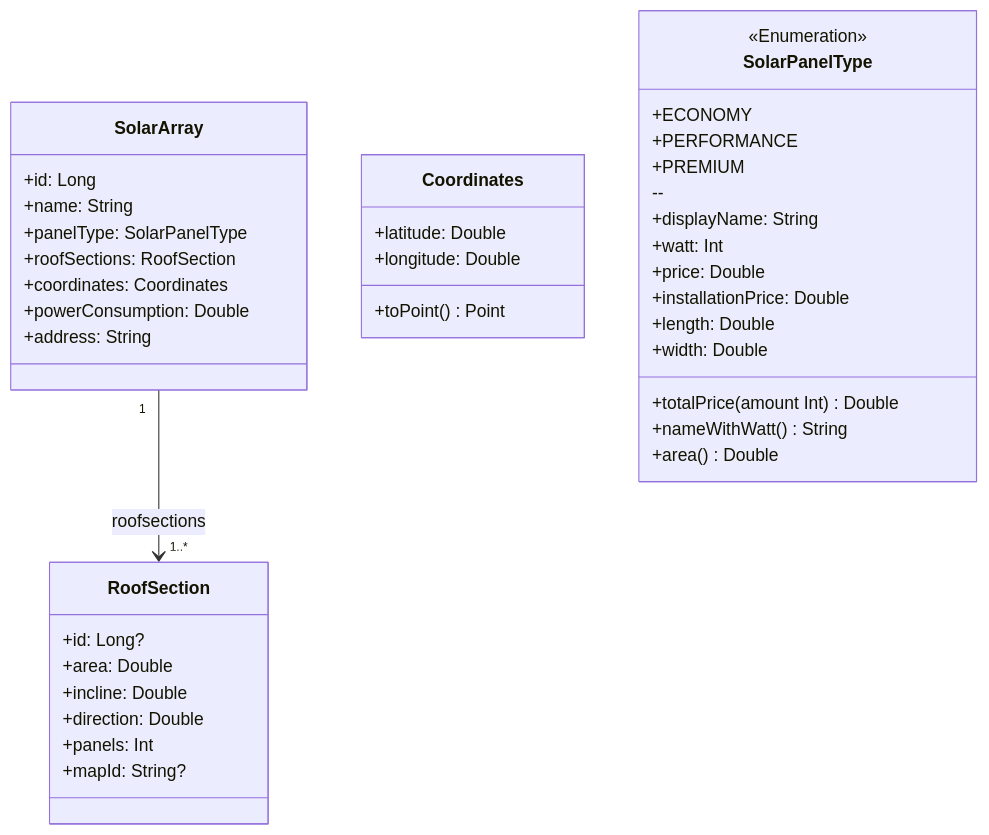
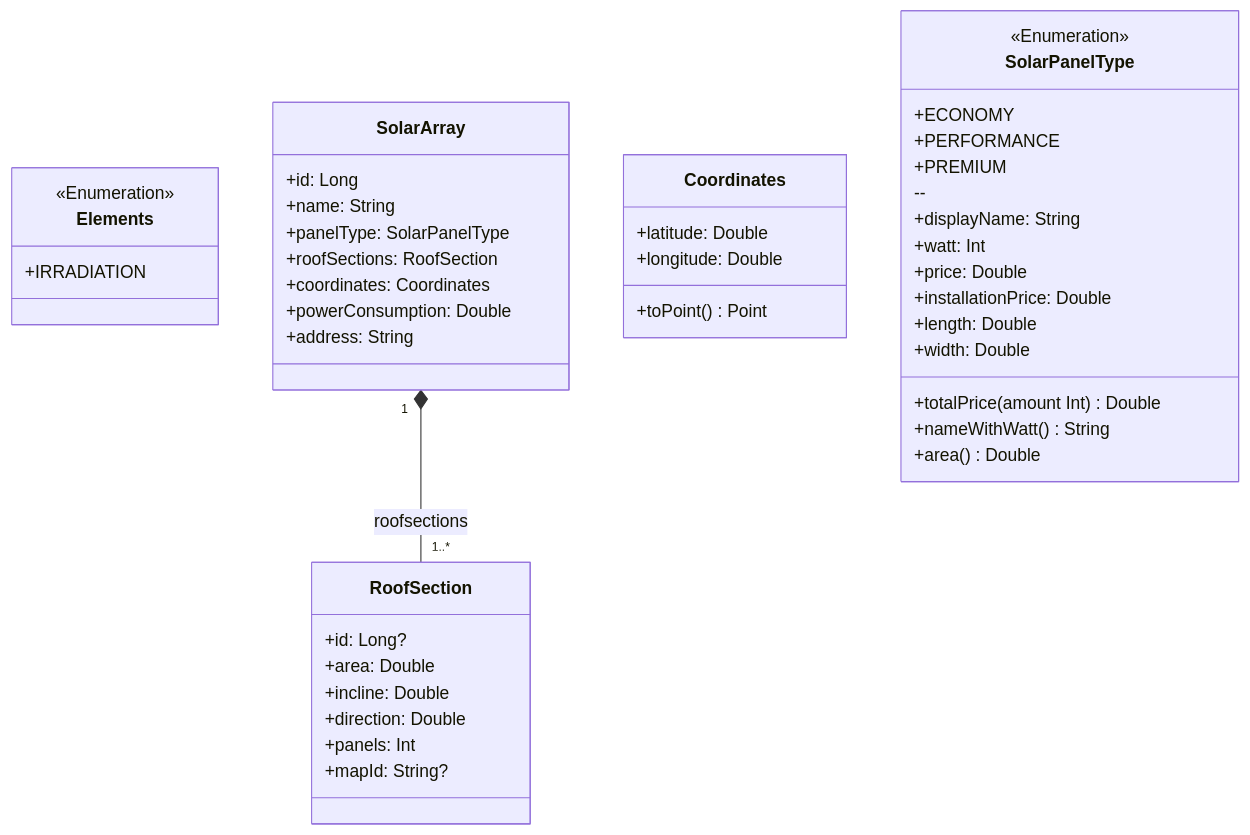
One commit to pragathiGopal25/SunSaver changed the third of 3 diagrams in MODELING.md. Above: the diagram before and after it, drawn with Mermaid. The commit also changed other lines of this file, not shown here.

Commit message:
Class diagram: architecture part

````diff
--- a/MODELING.md
+++ b/MODELING.md
@@ -19,45 +208,49 @@
 ```mermaid
 classDiagram
+    class Elements {
+    <<Enumeration>>
+    +IRRADIATION
+    }
     class SolarArray {
         +id: Long
         +name: String
         +panelType: SolarPanelType
         +roofSections: RoofSection
         +coordinates: Coordinates
         +powerConsumption: Double
         +address: String
     }
 
     class RoofSection {
         +id: Long?
         +area: Double
         +incline: Double
         +direction: Double
         +panels: Int
         +mapId: String?
     }
 
     class Coordinates {
         +latitude: Double
         +longitude: Double
         +toPoint() Point
     }
 
     class SolarPanelType {
     <<Enumeration>>
     +ECONOMY
     +PERFORMANCE
     +PREMIUM
     --
     +displayName: String
     +watt: Int
     +price: Double 
     +installationPrice: Double
     +length: Double
     +width: Double
     +totalPrice(amount Int) Double
     +nameWithWatt() String
     +area() Double
   }
-    SolarArray "1" --> "1..*" RoofSection : roofsections
+    SolarArray "1" *-- "1..*" RoofSection : roofsections
 ```
````
